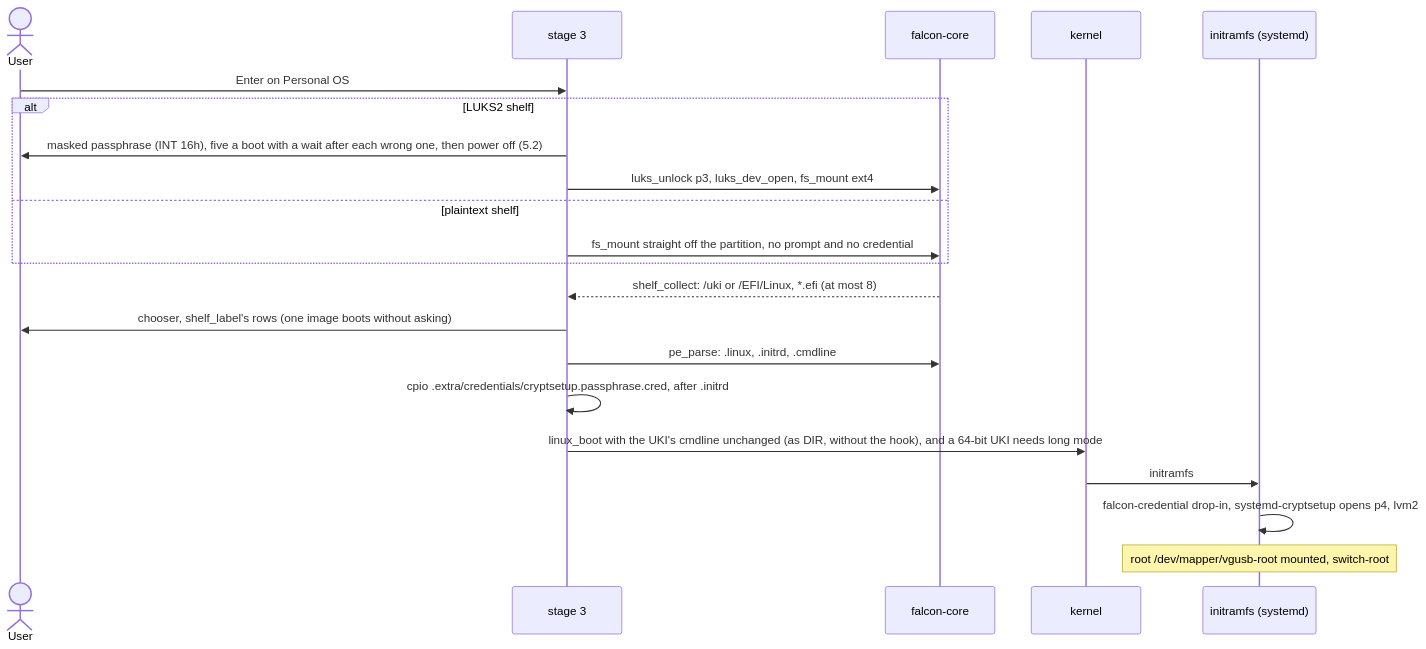
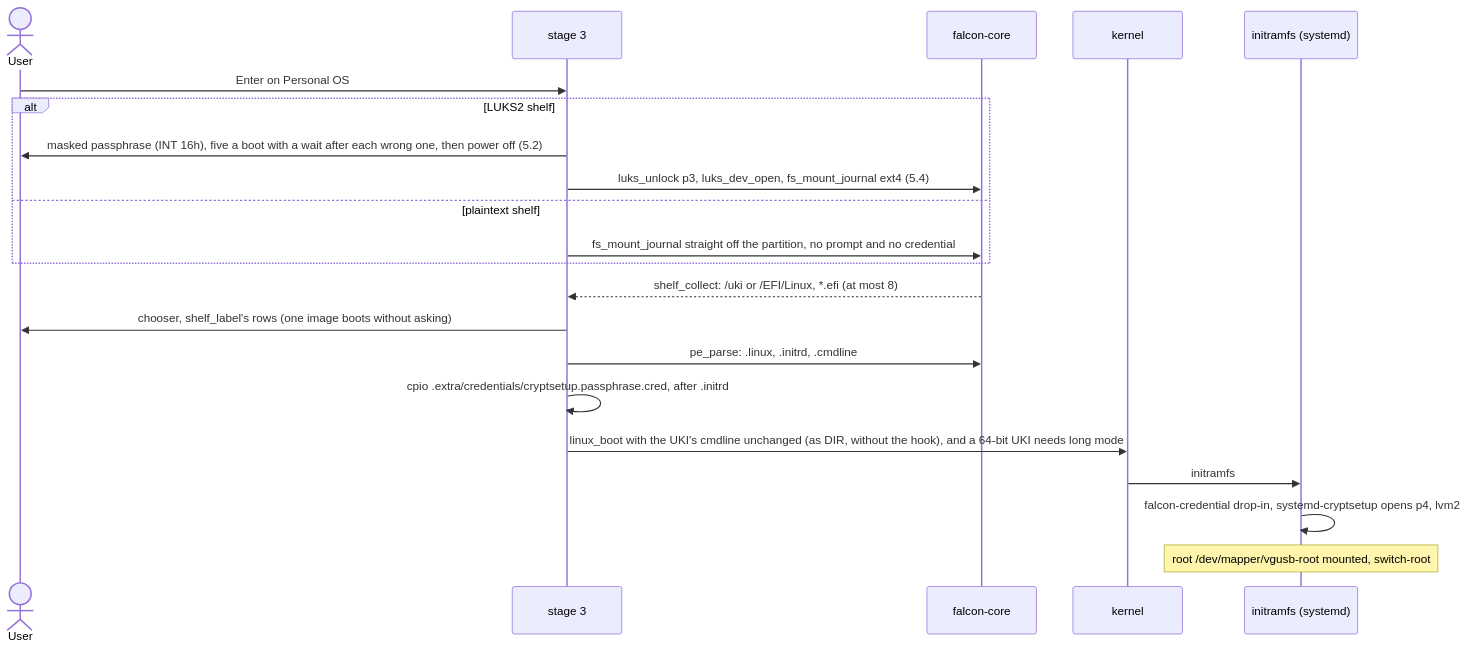
Diagram 17 of 24 in docs/DESIGN.md (vifair22/falcon-boot), drawn with Mermaid before and after one commit. The commit also changed other lines of this file and 27 other files, not shown here.

````diff
--- a/docs/DESIGN.md
+++ b/docs/DESIGN.md
@@ -3876,23 +3951,23 @@
 ```mermaid
 sequenceDiagram
     actor U as User
     participant L as stage 3
     participant FC as falcon-core
     participant K as kernel
     participant I as initramfs (systemd)
     U->>L: Enter on Personal OS
     alt LUKS2 shelf
         L->>U: masked passphrase (INT 16h), five a boot with a wait after each wrong one, then power off (5.2)
-        L->>FC: luks_unlock p3, luks_dev_open, fs_mount ext4
+        L->>FC: luks_unlock p3, luks_dev_open, fs_mount_journal ext4 (5.4)
     else plaintext shelf
-        L->>FC: fs_mount straight off the partition, no prompt and no credential
+        L->>FC: fs_mount_journal straight off the partition, no prompt and no credential
     end
     FC-->>L: shelf_collect: /uki or /EFI/Linux, *.efi (at most 8)
     L->>U: chooser, shelf_label's rows (one image boots without asking)
     L->>FC: pe_parse: .linux, .initrd, .cmdline
     L->>L: cpio .extra/credentials/cryptsetup.passphrase.cred, after .initrd
     L->>K: linux_boot with the UKI's cmdline unchanged (as DIR, without the hook), and a 64-bit UKI needs long mode
     K->>I: initramfs
     I->>I: falcon-credential drop-in, systemd-cryptsetup opens p4, lvm2
     Note over I: root /dev/mapper/vgusb-root mounted, switch-root
 ```
````
